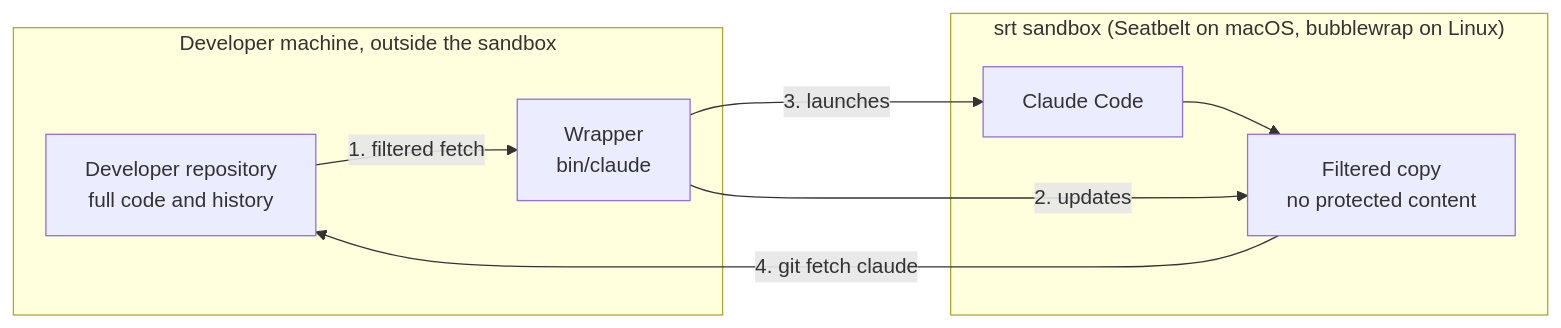
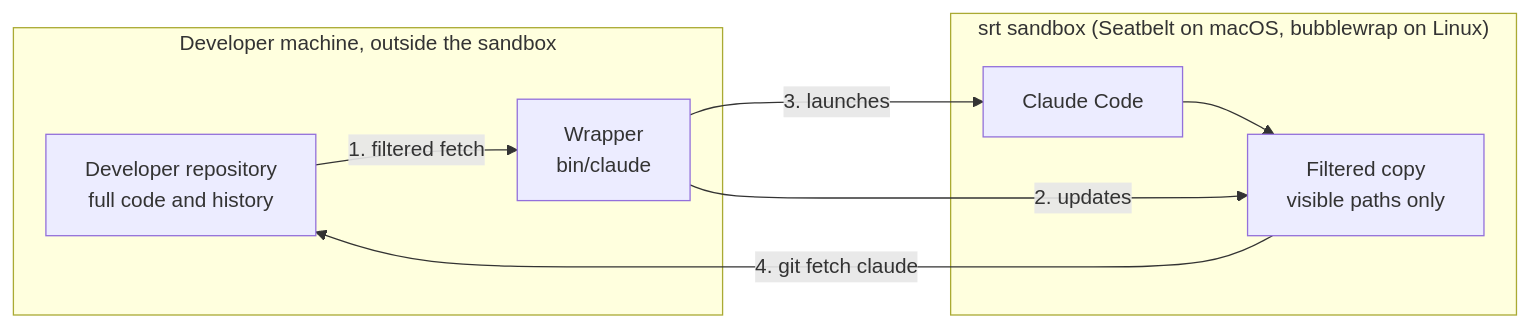
The first of 4 diagrams in docs/ARCHITECTURE.md (Lenstra/claude-secure-sandbox), drawn with Mermaid before and after one commit. The commit also changed other lines of this file and 1 other file, not shown here.

````diff
--- a/docs/ARCHITECTURE.md
+++ b/docs/ARCHITECTURE.md
@@ -64,16 +65,16 @@
 ```mermaid
 flowchart LR
   subgraph host["Developer machine, outside the sandbox"]
     dev["Developer repository<br/>full code and history"]
     wrapper["Wrapper<br/>bin/claude"]
   end
   subgraph sandbox["srt sandbox (Seatbelt on macOS, bubblewrap on Linux)"]
     claude["Claude Code"]
-    copy["Filtered copy<br/>no protected content"]
+    copy["Filtered copy<br/>visible paths only"]
     claude --> copy
   end
   dev -- "1. filtered fetch" --> wrapper
   wrapper -- "2. updates" --> copy
   wrapper -- "3. launches" --> claude
   copy -- "4. git fetch claude" --> dev
 ```
````
